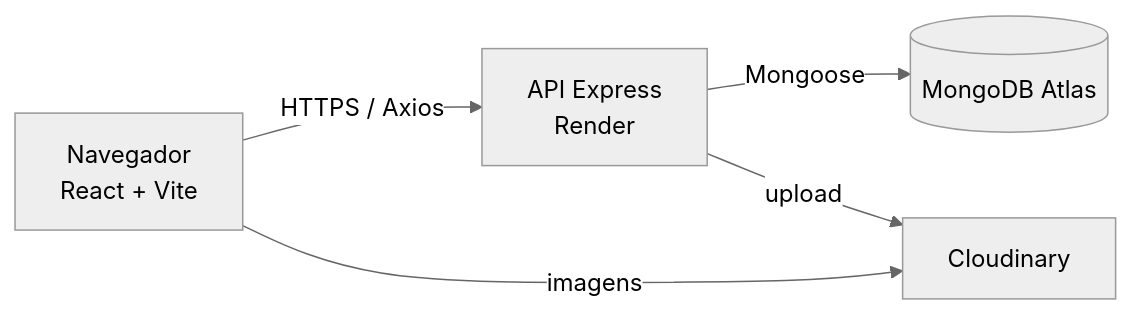
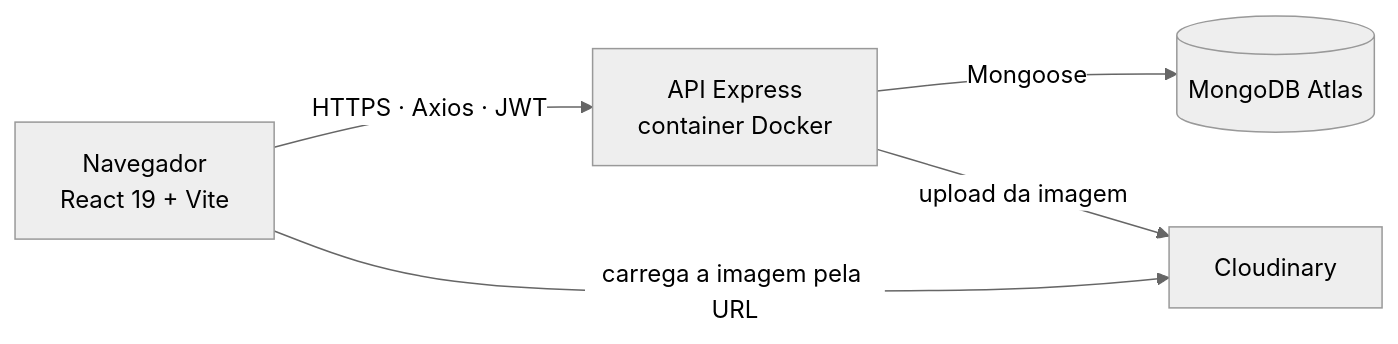
The first of 6 diagrams in docs/ARQUITETURA.md (AndreBorges-Git/resolve-ai), drawn with Mermaid (neutral theme) before and after one commit. The commit also changed other lines of this file and 34 other files, not shown here.

````diff
--- a/docs/ARQUITETURA.md
+++ b/docs/ARQUITETURA.md
@@ -7,7 +13,7 @@
 ```mermaid
 flowchart LR
-    U["Navegador<br/>React + Vite"] -->|HTTPS / Axios| A["API Express<br/>Render"]
+    U["Navegador<br/>React 19 + Vite"] -->|HTTPS · Axios · JWT| A["API Express<br/>container Docker"]
     A -->|Mongoose| M[("MongoDB Atlas")]
-    A -->|upload| C["Cloudinary"]
-    U -->|imagens| C
+    A -->|upload da imagem| C["Cloudinary"]
+    U -->|carrega a imagem pela URL| C
 ```
````
